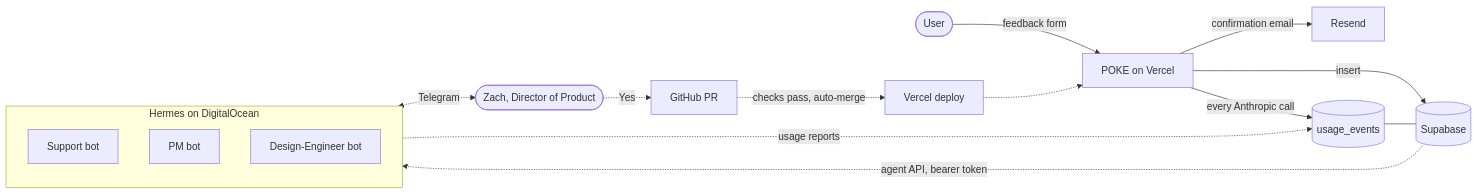
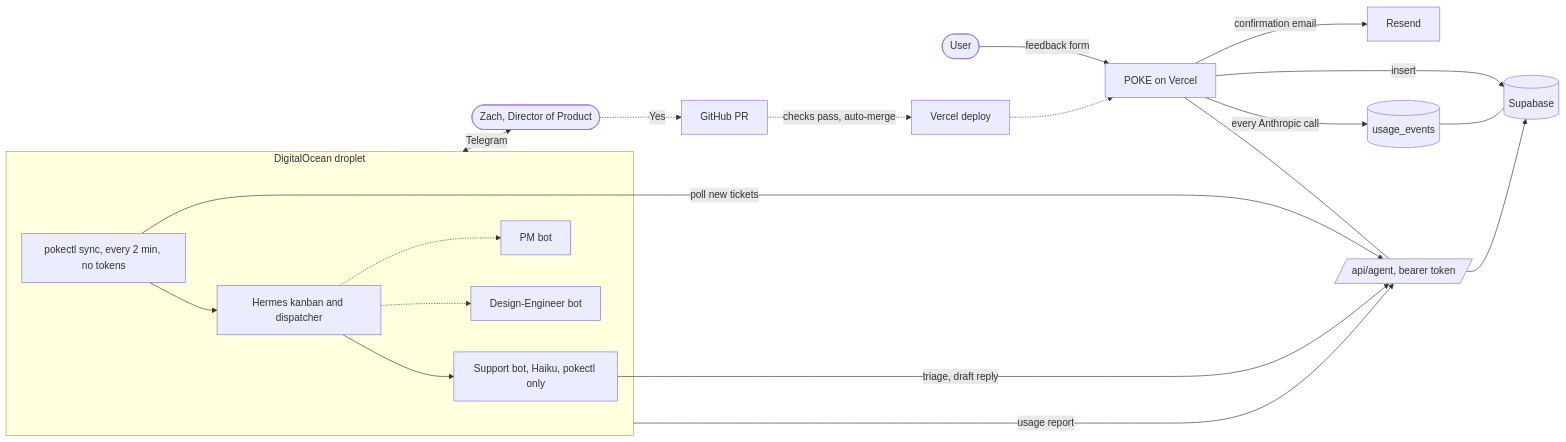
Before and after one commit to schweitzdesign/usability-script-improver: the first of 3 diagrams in docs/agents/architecture.md, drawn with Mermaid. The commit also changed other lines of this file and 2 other files, not shown here.

Commit message:
Document the Support bot: how it runs, what it costs, how it fails
Phase 2 is built and tested end to end, so the docs now describe what is
actually on the droplet instead of a plan: the flow from feedback to triaged
ticket, where each piece lives, the operating cheat sheet, recovery steps for a
blocked or crashed task, the layered safety design and its honest residual
risk, measured cost (about 2 cents a ticket, 28 cents for the whole test run
including every failure test), the bugs the live runs found, and known gaps.

````diff
--- a/docs/agents/architecture.md
+++ b/docs/agents/architecture.md
@@ -9,21 +9,30 @@
 ```mermaid
 flowchart LR
     user([User]) -->|feedback form| poke[POKE on Vercel]
     poke -->|insert| db[(Supabase)]
     poke -->|confirmation email| resend[Resend]
     poke -->|every Anthropic call| ledger[(usage_events)]
     ledger --- db
 
-    subgraph hermes[Hermes on DigitalOcean]
-        support[Support bot]
+    subgraph droplet[DigitalOcean droplet]
+        sync[pokectl sync, every 2 min, no tokens]
+        kanban[Hermes kanban and dispatcher]
+        support[Support bot, Haiku, pokectl only]
         pm[PM bot]
         de[Design-Engineer bot]
+        sync --> kanban --> support
+        kanban -.-> pm
+        kanban -.-> de
     end
 
-    db -.->|agent API, bearer token| hermes
-    hermes -.->|usage reports| ledger
-    hermes <-.->|Telegram| zach([Zach, Director of Product])
+    api[/api/agent, bearer token/]
+    poke --- api
+    sync -->|poll new tickets| api
+    support -->|triage, draft reply| api
+    api --> db
+    droplet -->|usage report| api
+    droplet <-->|Telegram| zach([Zach, Director of Product])
     zach -.->|Yes| gh[GitHub PR]
     gh -.->|checks pass, auto-merge| vercel[Vercel deploy]
     vercel -.-> poke
 ```
````
